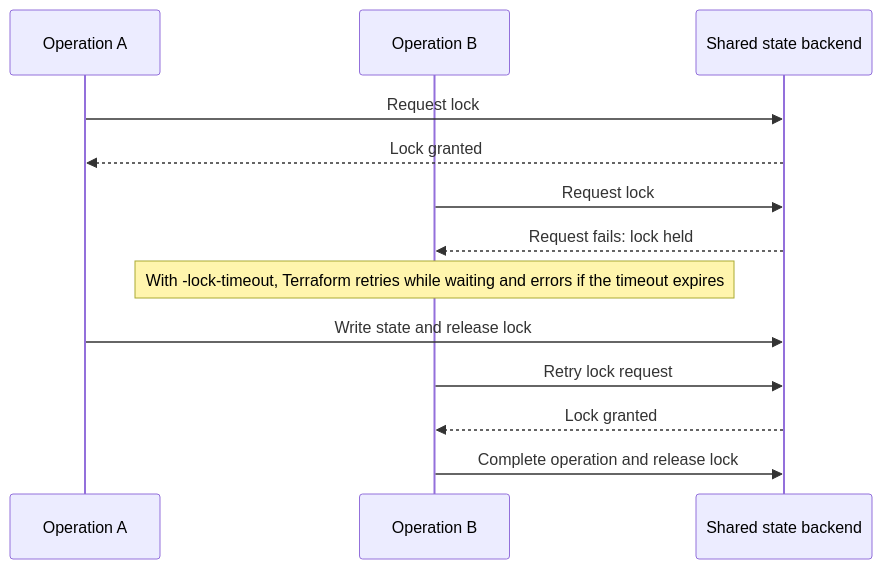
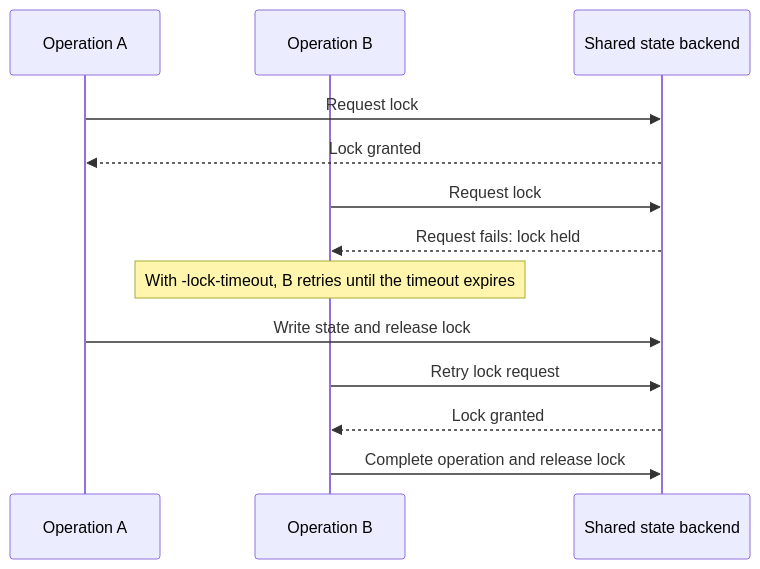
The second of 3 diagrams in docs/slices/terraform/02-state.md (OpalBolt/Hashicorp-Katas), drawn with Mermaid before and after one commit. The commit also changed other lines of this file and 19 other files, not shown here.

````diff
--- a/docs/slices/terraform/02-state.md
+++ b/docs/slices/terraform/02-state.md
@@ -50,15 +58,15 @@
 ```mermaid
 sequenceDiagram
   participant A as Operation A
   participant B as Operation B
   participant S as Shared state backend
   A->>S: Request lock
   S-->>A: Lock granted
   B->>S: Request lock
   S-->>B: Request fails: lock held
-  Note over B: With -lock-timeout, Terraform retries while waiting and errors if the timeout expires
+  Note over B: With -lock-timeout, B retries until the timeout expires
   A->>S: Write state and release lock
   B->>S: Retry lock request
   S-->>B: Lock granted
   B->>S: Complete operation and release lock
 ```
````
